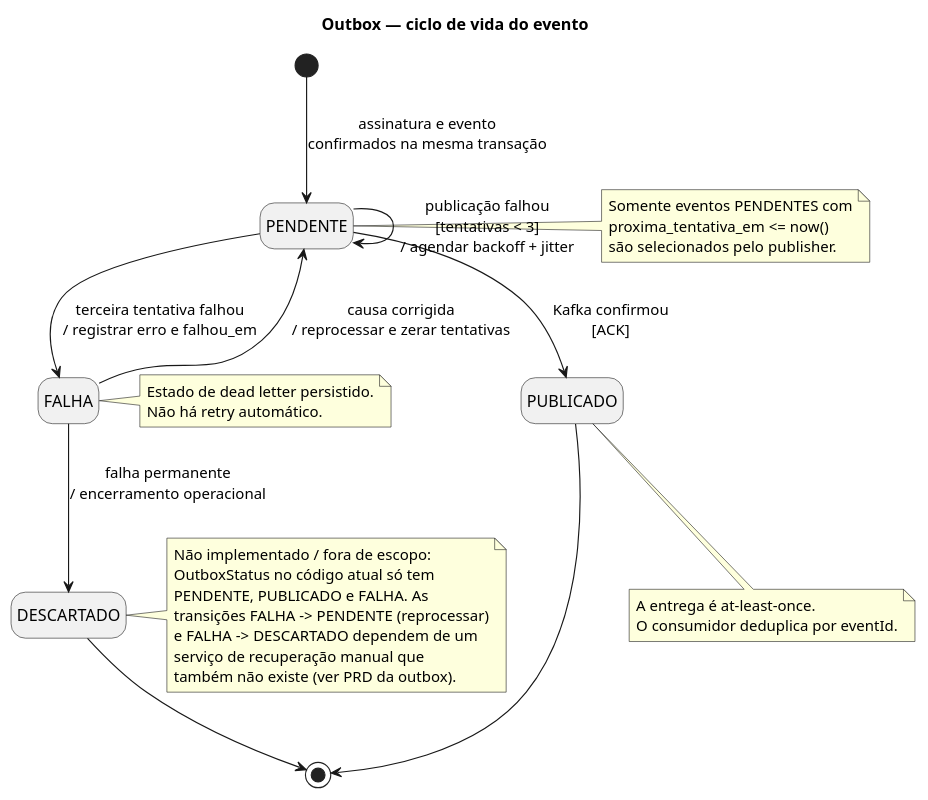
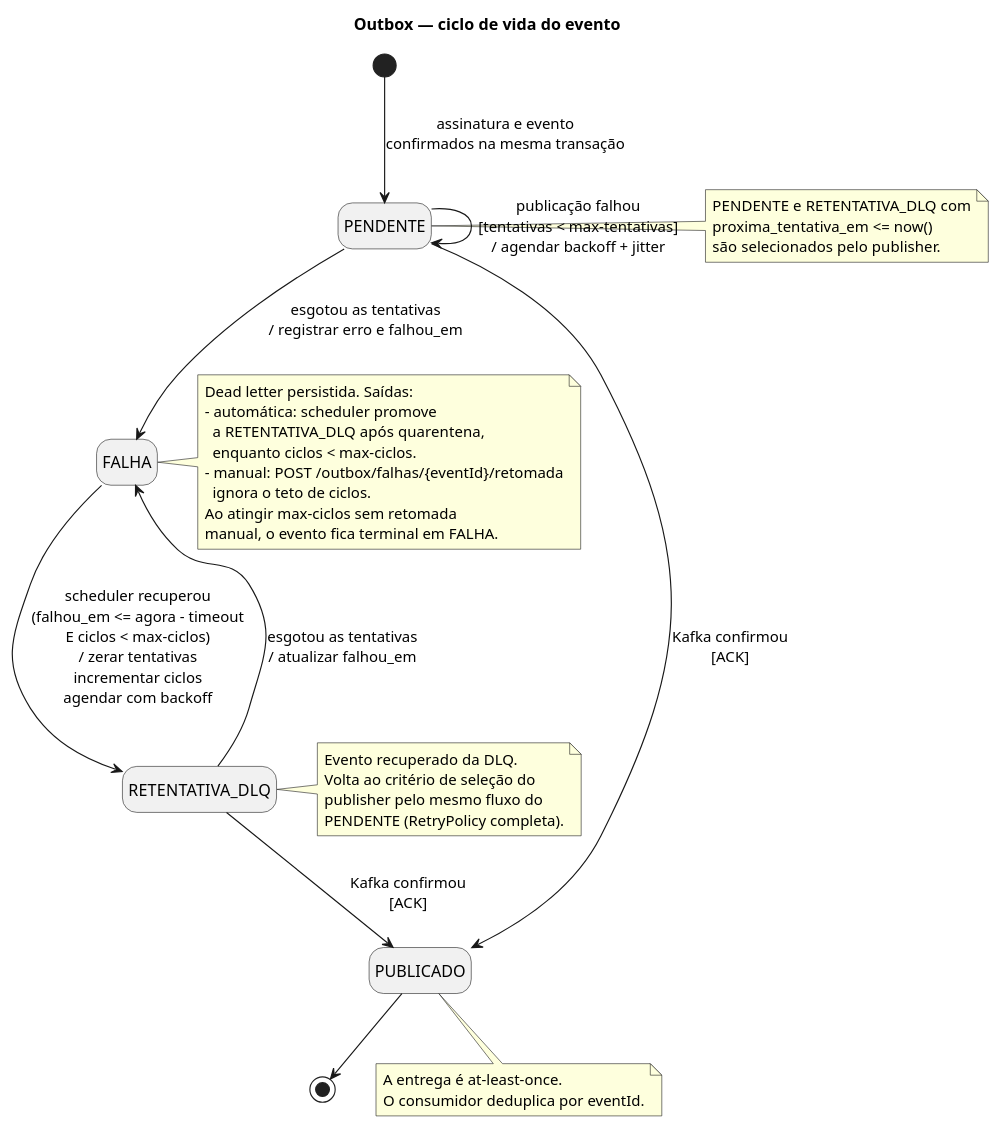
The diagram in docs/adesao/outbox-diagrama-estados.puml (fabriciosouza21/assinatura), drawn with PlantUML before and after one commit. The commit also changed 27 other files, not shown here.

Commit message:
docs: adiciona diagramas, prd e collection bruno da entrega consolidada

```diff
--- a/docs/adesao/outbox-diagrama-estados.puml
+++ b/docs/adesao/outbox-diagrama-estados.puml
@@ -1,44 +1,48 @@
 @startuml
 title Outbox — ciclo de vida do evento
 
 hide empty description
 
 [*] --> PENDENTE : assinatura e evento\nconfirmados na mesma transação
 
 PENDENTE --> PUBLICADO : Kafka confirmou\n[ACK]
-PENDENTE --> PENDENTE : publicação falhou\n[tentativas < 3]\n/ agendar backoff + jitter
-PENDENTE --> FALHA : terceira tentativa falhou\n/ registrar erro e falhou_em
+PENDENTE --> PENDENTE : publicação falhou\n[tentativas < max-tentativas]\n/ agendar backoff + jitter
+PENDENTE --> FALHA : esgotou as tentativas\n/ registrar erro e falhou_em
 
-FALHA --> PENDENTE : causa corrigida\n/ reprocessar e zerar tentativas
-FALHA --> DESCARTADO : falha permanente\n/ encerramento operacional
+FALHA --> RETENTATIVA_DLQ : scheduler recuperou\n(falhou_em <= agora - timeout\nE ciclos < max-ciclos)\n/ zerar tentativas\nincrementar ciclos\nagendar com backoff
+
+RETENTATIVA_DLQ --> PUBLICADO : Kafka confirmou\n[ACK]
+RETENTATIVA_DLQ --> FALHA : esgotou as tentativas\n/ atualizar falhou_em
 
 PUBLICADO --> [*]
-DESCARTADO --> [*]
 
 note right of PENDENTE
-  Somente eventos PENDENTES com
+  PENDENTE e RETENTATIVA_DLQ com
   proxima_tentativa_em <= now()
   são selecionados pelo publisher.
 end note
 
-note right of FALHA
-  Estado de dead letter persistido.
-  Não há retry automático.
+note right of RETENTATIVA_DLQ
+  Evento recuperado da DLQ.
+  Volta ao critério de seleção do
+  publisher pelo mesmo fluxo do
+  PENDENTE (RetryPolicy completa).
 end note
 
-note right of DESCARTADO
-  Não implementado / fora de escopo:
-  OutboxStatus no código atual só tem
-  PENDENTE, PUBLICADO e FALHA. As
-  transições FALHA -> PENDENTE (reprocessar)
-  e FALHA -> DESCARTADO dependem de um
-  serviço de recuperação manual que
-  também não existe (ver PRD da outbox).
+note right of FALHA
+  Dead letter persistida. Saídas:
+  - automática: scheduler promove
+    a RETENTATIVA_DLQ após quarentena,
+    enquanto ciclos < max-ciclos.
+  - manual: POST /outbox/falhas/{eventId}/retomada
+    ignora o teto de ciclos.
+  Ao atingir max-ciclos sem retomada
+  manual, o evento fica terminal em FALHA.
 end note
 
 note bottom of PUBLICADO
   A entrega é at-least-once.
   O consumidor deduplica por eventId.
 end note
 
 @enduml
```
